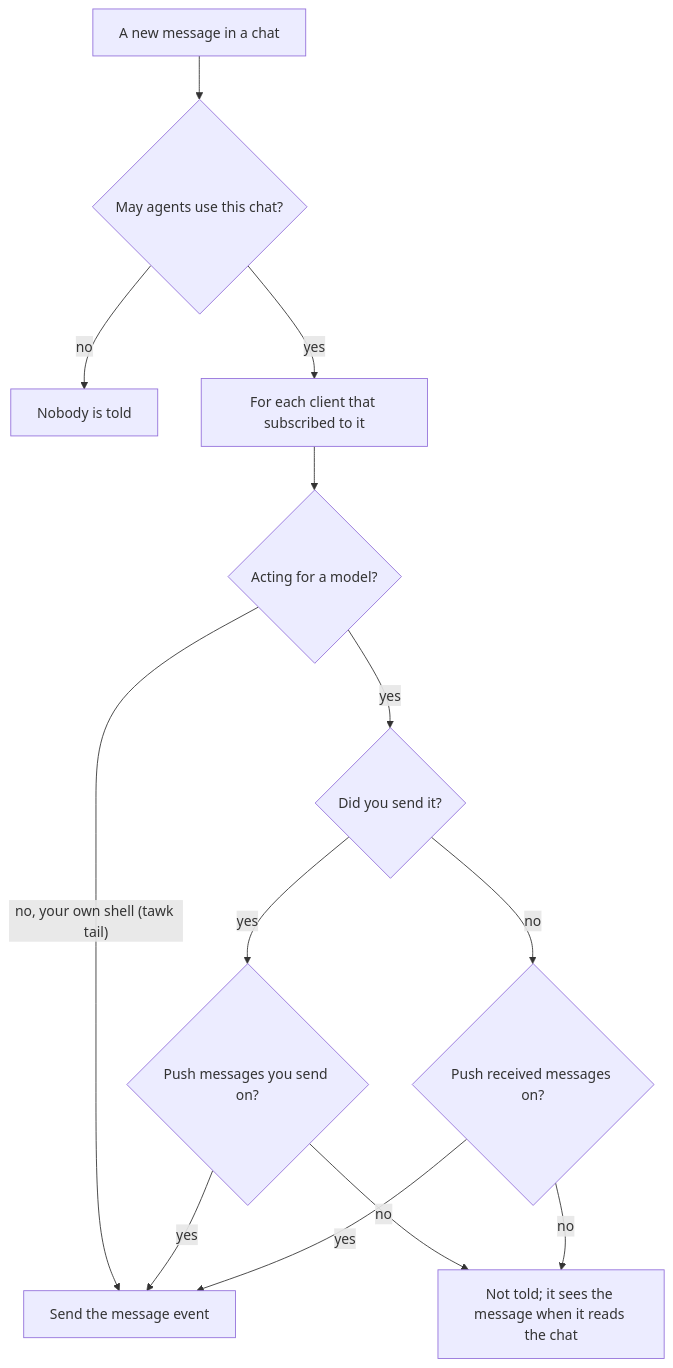
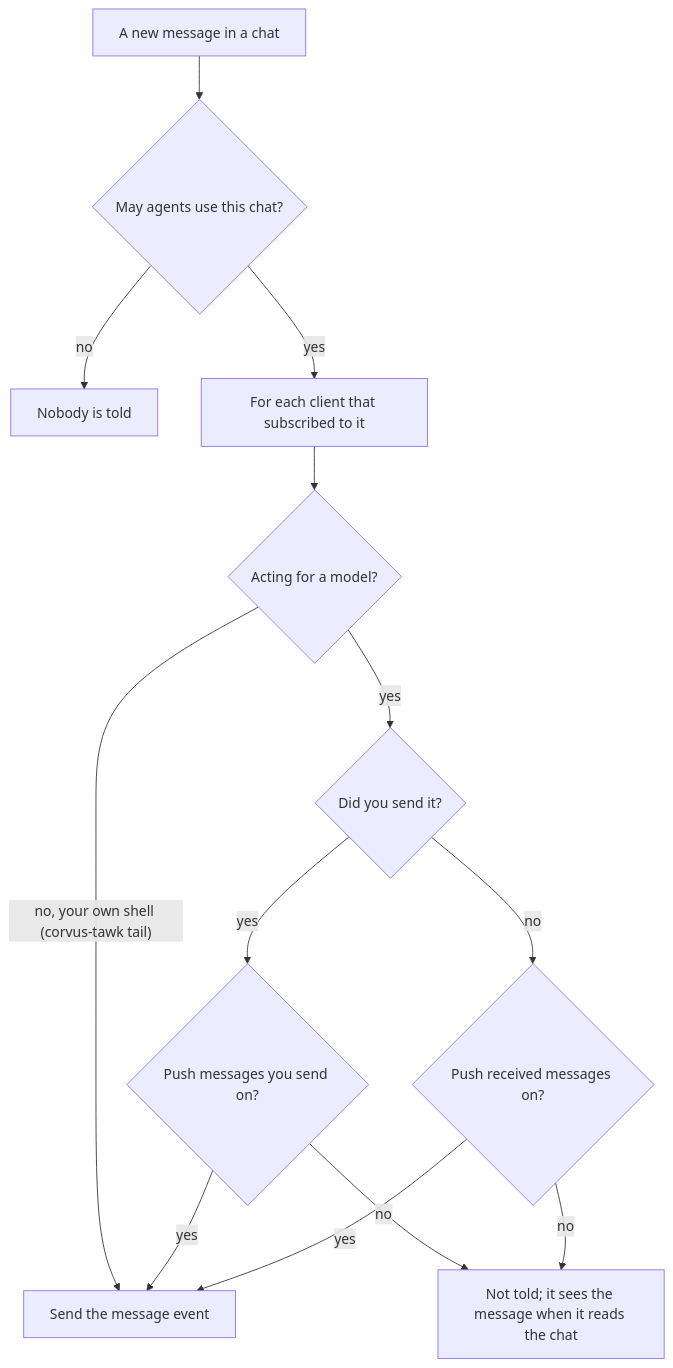
Before and after one commit to loganventer/Corvus.App.Terminal.Tawk: diagram 25 of 27 in HOW_IT_WORKS.md, drawn with Mermaid. The commit also changed other lines of this file and 16 other files, not shown here.

First line of the commit message:
Update every document to corvus-tawk and the corvus/tawk folders

````diff
--- a/HOW_IT_WORKS.md
+++ b/HOW_IT_WORKS.md
@@ -917,15 +917,15 @@
 ```mermaid
 flowchart TD
     NEW["A new message in a chat"] --> VIS{"May agents use this chat?"}
     VIS -- no --> DROP["Nobody is told"]
     VIS -- yes --> EACH["For each client that subscribed to it"]
     EACH --> ORIGIN{"Acting for a model?"}
-    ORIGIN -- "no, your own shell (tawk tail)" --> SEND["Send the message event"]
+    ORIGIN -- "no, your own shell (corvus-tawk tail)" --> SEND["Send the message event"]
     ORIGIN -- yes --> MINE{"Did you send it?"}
     MINE -- yes --> PS{"Push messages you send on?"}
     MINE -- no --> PR{"Push received messages on?"}
     PS -- yes --> SEND
     PR -- yes --> SEND
     PS -- no --> SKIP["Not told; it sees the message when it reads the chat"]
     PR -- no --> SKIP
 ```
````
